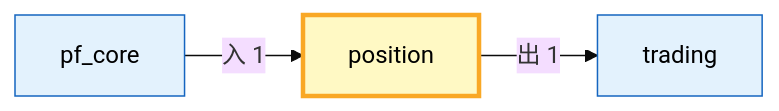
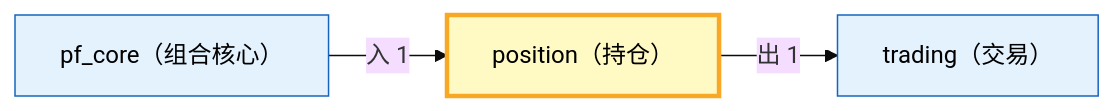
One commit to xuanFelixVan/ZephyrAlpha changed the second of 2 diagrams in docs/02_enterprise_architecture/06_decision_architecture/18_decision_l3_position.md. Above: the diagram before and after it, drawn with Mermaid (base theme). The commit also changed other lines of this file and 22 other files, not shown here.

First line of the commit message:
docs(decision_arch): 双语标题+跨域图+索引表头跳转链接

````diff
--- a/docs/02_enterprise_architecture/06_decision_architecture/18_decision_l3_position.md
+++ b/docs/02_enterprise_architecture/06_decision_architecture/18_decision_l3_position.md
@@ -165,11 +165,11 @@
 ```mermaid
 flowchart LR
-    SELF["position"]:::selfDomain
-    EXT_trading["trading"]:::extDomain
+    SELF["position（持仓）"]:::selfDomain
+    EXT_trading["trading（交易）"]:::extDomain
     SELF -->|出 1| EXT_trading
-    EXT_pf_core["pf_core"]:::extDomain
+    EXT_pf_core["pf_core（组合核心）"]:::extDomain
     EXT_pf_core -->|入 1| SELF
 
     classDef selfDomain fill:#fff9c4,stroke:#f9a825,stroke-width:3px,color:#000
     classDef extDomain fill:#e3f2fd,stroke:#1565c0,stroke-width:1px,color:#000
 ```
````
